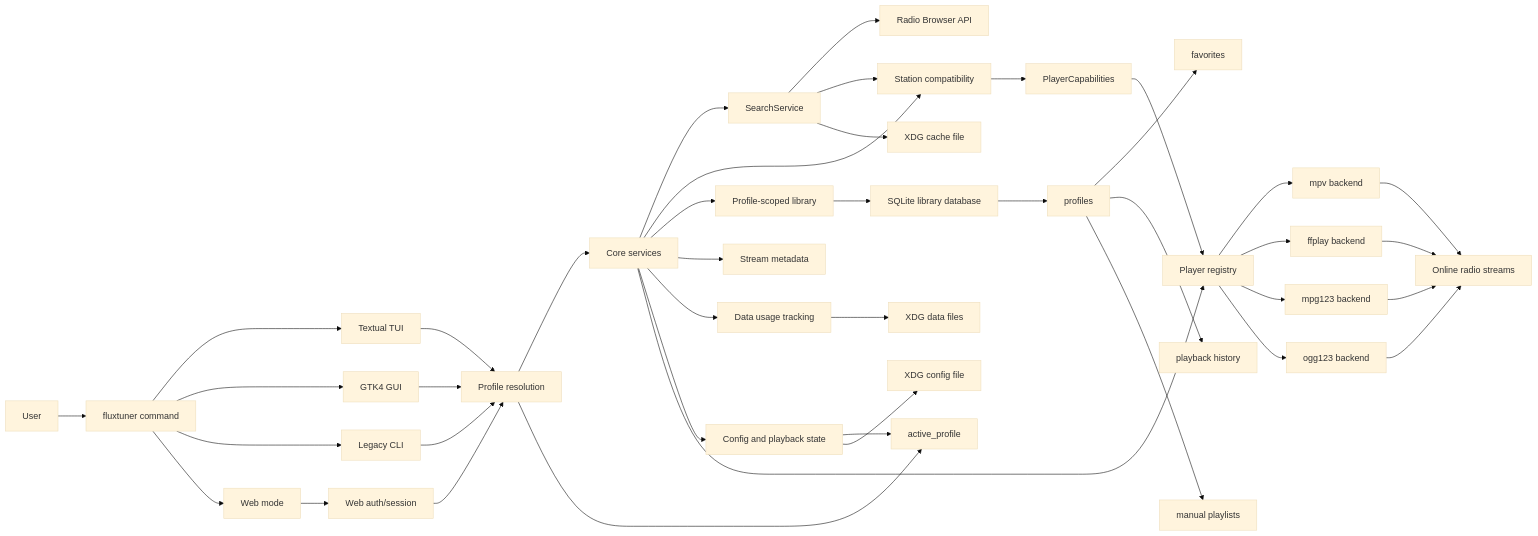
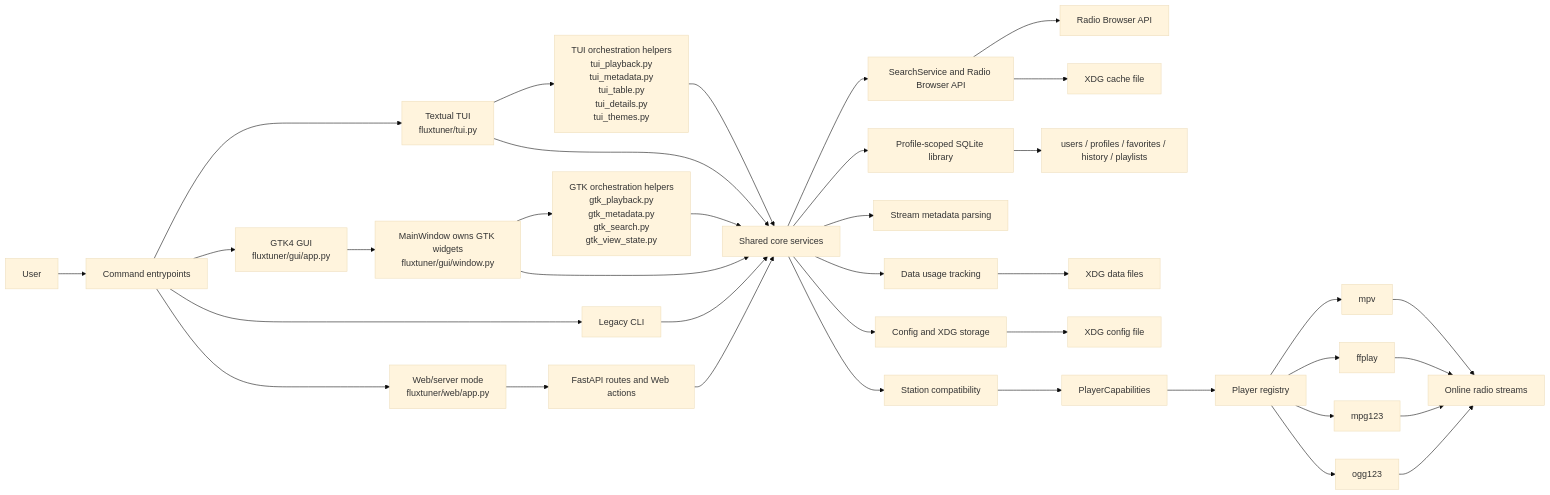
One commit to pitill0/fluxtuner changed the first of 3 diagrams in docs/architecture.md. Above: the diagram before and after it, drawn with Mermaid (base theme). The commit also changed other lines of this file, not shown here.

Commit message:
docs: refresh architecture after orchestration refactor

````diff
--- a/docs/architecture.md
+++ b/docs/architecture.md
@@ -59,51 +59,46 @@
 ```mermaid
 flowchart LR
-    User["User"] --> Entry["fluxtuner command"]
-    Entry --> TUI["Textual TUI"]
-    Entry --> GUI["GTK4 GUI"]
+    User["User"] --> Entry["Command entrypoints"]
+
+    Entry --> TUI["Textual TUI<br/>fluxtuner/tui.py"]
+    Entry --> GTK["GTK4 GUI<br/>fluxtuner/gui/app.py"]
     Entry --> CLI["Legacy CLI"]
-    Entry --> Web["Web mode"]
-    Web --> WebAuth["Web auth/session"]
+    Entry --> Web["Web/server mode<br/>fluxtuner/web/app.py"]
 
-    TUI --> ProfileResolution["Profile resolution"]
-    GUI --> ProfileResolution
-    CLI --> ProfileResolution
-    WebAuth --> ProfileResolution
+    TUI --> TUIOrchestration["TUI orchestration helpers<br/>tui_playback.py<br/>tui_metadata.py<br/>tui_table.py<br/>tui_details.py<br/>tui_themes.py"]
+    GTK --> GTKWindow["MainWindow owns GTK widgets<br/>fluxtuner/gui/window.py"]
+    GTKWindow --> GTKOrchestration["GTK orchestration helpers<br/>gtk_playback.py<br/>gtk_metadata.py<br/>gtk_search.py<br/>gtk_view_state.py"]
+    Web --> WebRoutes["FastAPI routes and Web actions"]
 
-    ProfileResolution --> Services["Core services"]
+    TUI --> Core["Shared core services"]
+    TUIOrchestration --> Core
+    GTKWindow --> Core
+    GTKOrchestration --> Core
+    CLI --> Core
+    WebRoutes --> Core
 
-    Services --> Search["SearchService"]
-    Services --> Compatibility["Station compatibility"]
-    Services --> Library["Profile-scoped library"]
-    Services --> Metadata["Stream metadata"]
-    Services --> Usage["Data usage tracking"]
-    Services --> Config["Config and playback state"]
-    Services --> PlayerRegistry["Player registry"]
+    Core --> Search["SearchService and Radio Browser API"]
+    Core --> Library["Profile-scoped SQLite library"]
+    Core --> Metadata["Stream metadata parsing"]
+    Core --> Usage["Data usage tracking"]
+    Core --> Config["Config and XDG storage"]
+    Core --> Compatibility["Station compatibility"]
+
+    Compatibility --> Capabilities["PlayerCapabilities"]
+    Capabilities --> Registry["Player registry"]
+    Registry --> MPV["mpv"]
+    Registry --> FFPLAY["ffplay"]
+    Registry --> MPG123["mpg123"]
+    Registry --> OGG123["ogg123"]
 
     Search --> RadioBrowser["Radio Browser API"]
-    Search --> Compatibility
-    Compatibility --> Capabilities["PlayerCapabilities"]
-    Capabilities --> PlayerRegistry
-
-    PlayerRegistry --> MPV["mpv backend"]
-    PlayerRegistry --> FFPLAY["ffplay backend"]
-    PlayerRegistry --> MPG123["mpg123 backend"]
-    PlayerRegistry --> OGG123["ogg123 backend"]
-
     MPV --> Streams["Online radio streams"]
     FFPLAY --> Streams
     MPG123 --> Streams
     OGG123 --> Streams
 
-    Config --> ActiveProfile["active_profile"]
-    ProfileResolution --> ActiveProfile
-    Library --> LibraryDB["SQLite library database"]
-    LibraryDB --> Profiles["profiles"]
-    Profiles --> Favorites["favorites"]
-    Profiles --> History["playback history"]
-    Profiles --> ManualPlaylists["manual playlists"]
-
+    Library --> Profiles["users / profiles / favorites / history / playlists"]
     Usage --> DataStorage["XDG data files"]
     Config --> ConfigStorage["XDG config file"]
     Search --> CacheStorage["XDG cache file"]
 ```
````
